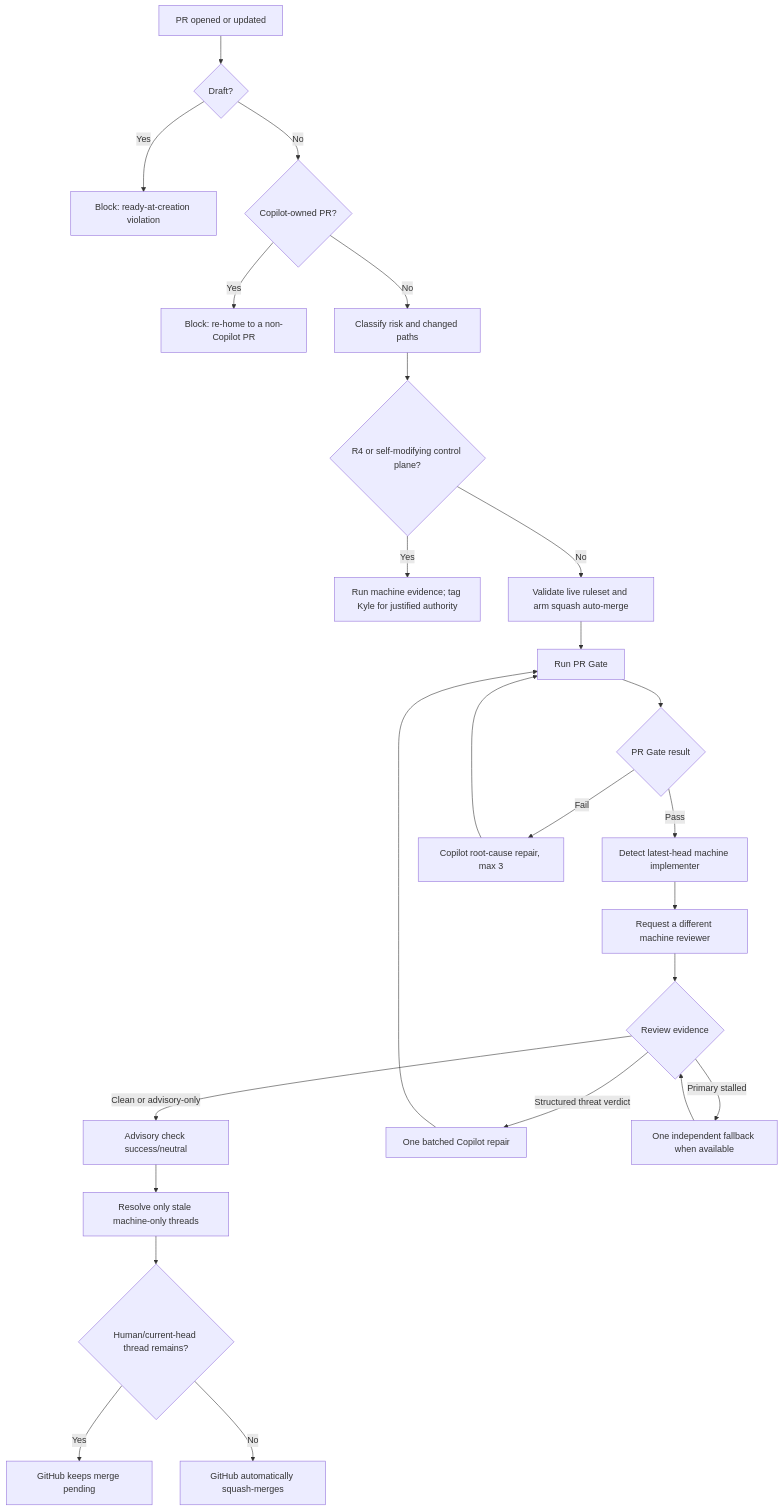
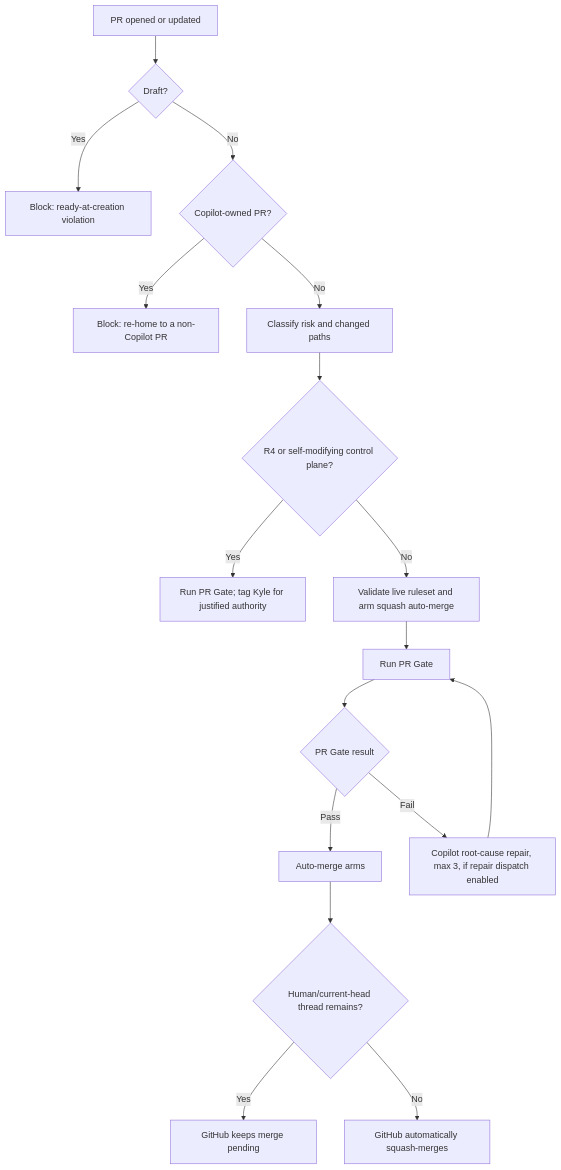
The diagram in DELIVERY_GITHUB.md (kgsmith19/agent-engineering-standard), drawn with Mermaid before and after one commit. The commit also changed other lines of this file and 47 other files, not shown here.

First line of the commit message:
Remove AI code review from the blocking merge path (ADR-0004)

````diff
--- a/DELIVERY_GITHUB.md
+++ b/DELIVERY_GITHUB.md
@@ -68,27 +67,19 @@
 ```mermaid
 flowchart TD
     A[PR opened or updated] --> B{Draft?}
     B -- Yes --> C[Block: ready-at-creation violation]
     B -- No --> D{Copilot-owned PR?}
     D -- Yes --> E[Block: re-home to a non-Copilot PR]
     D -- No --> H[Classify risk and changed paths]
     H --> I{R4 or self-modifying control plane?}
-    I -- Yes --> J[Run machine evidence; tag Kyle for justified authority]
+    I -- Yes --> J[Run PR Gate; tag Kyle for justified authority]
     I -- No --> K[Validate live ruleset and arm squash auto-merge]
     K --> L[Run PR Gate]
     L --> M{PR Gate result}
-    M -- Pass --> N[Detect latest-head machine implementer]
-    M -- Fail --> O[Copilot root-cause repair, max 3]
+    M -- Pass --> N[Auto-merge arms]
+    M -- Fail --> O[Copilot root-cause repair, max 3, if repair dispatch enabled]
     O --> L
-    N --> P[Request a different machine reviewer]
-    P --> Q{Review evidence}
-    Q -- Clean or advisory-only --> R[Advisory check success/neutral]
-    Q -- Structured threat verdict --> S[One batched Copilot repair]
-    S --> L
-    Q -- Primary stalled --> T[One independent fallback when available]
-    T --> Q
-    R --> U[Resolve only stale machine-only threads]
-    U --> V{Human/current-head thread remains?}
+    N --> V{Human/current-head thread remains?}
     V -- Yes --> W[GitHub keeps merge pending]
     V -- No --> X[GitHub automatically squash-merges]
 ```
````
